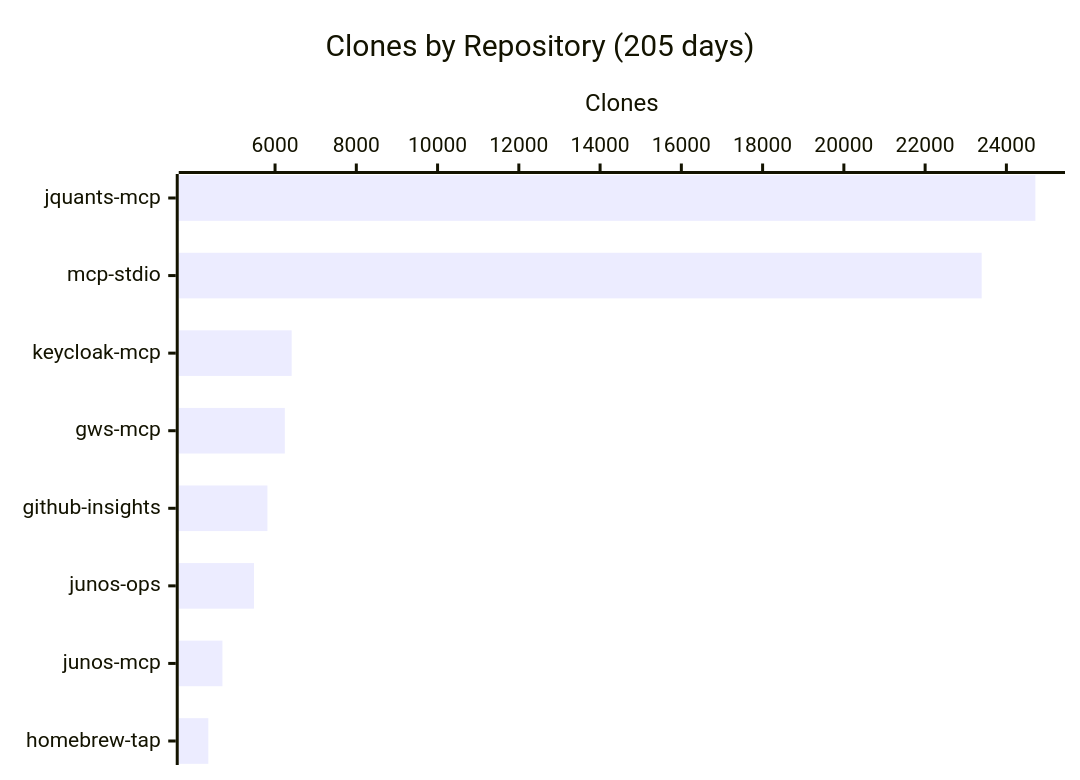
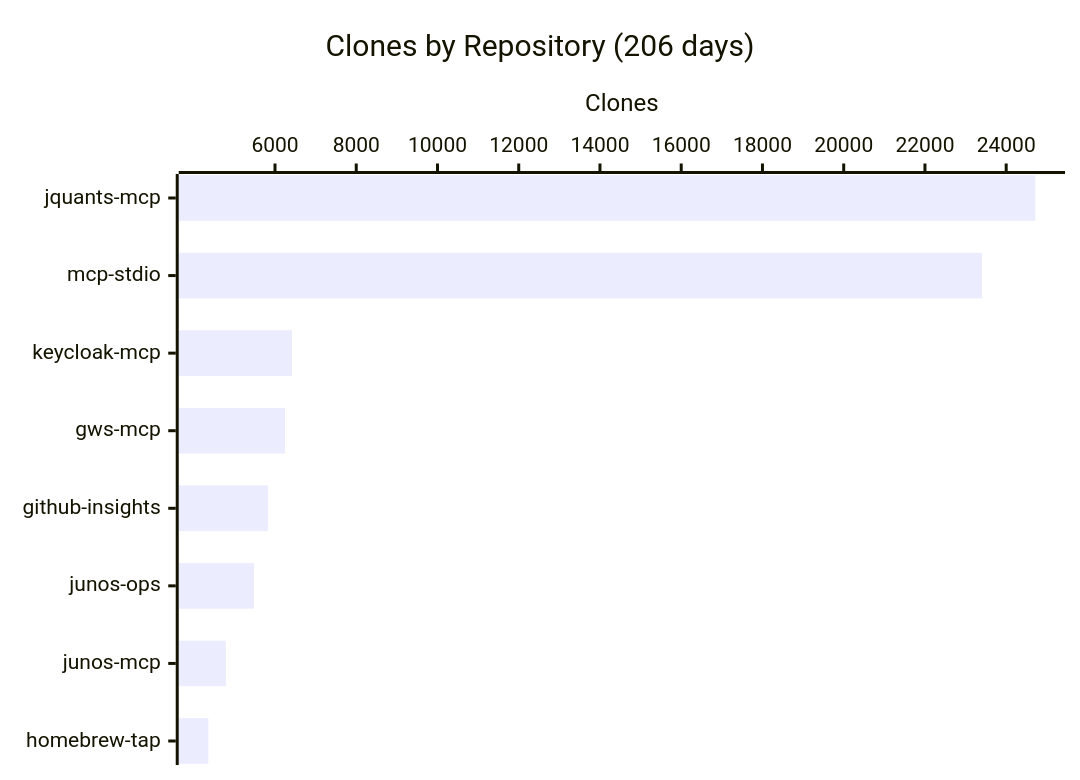
Before and after one commit to shigechika/github-insights: the fourth of 4 diagrams in README.md, drawn with Mermaid. The commit also changed other lines of this file and 2 other files, not shown here.

````diff
--- a/README.md
+++ b/README.md
@@ -58,7 +58,7 @@
 ```mermaid
 xychart-beta horizontal
-    title "Clones by Repository (205 days)"
+    title "Clones by Repository (206 days)"
     x-axis ["jquants-mcp", "mcp-stdio", "keycloak-mcp", "gws-mcp", "github-insights", "junos-ops", "junos-mcp", "homebrew-tap"]
     y-axis "Clones"
-    bar [24714, 23392, 6409, 6240, 5812, 5481, 4705, 4358]
+    bar [24719, 23405, 6419, 6247, 5831, 5483, 4790, 4359]
 ```
````
